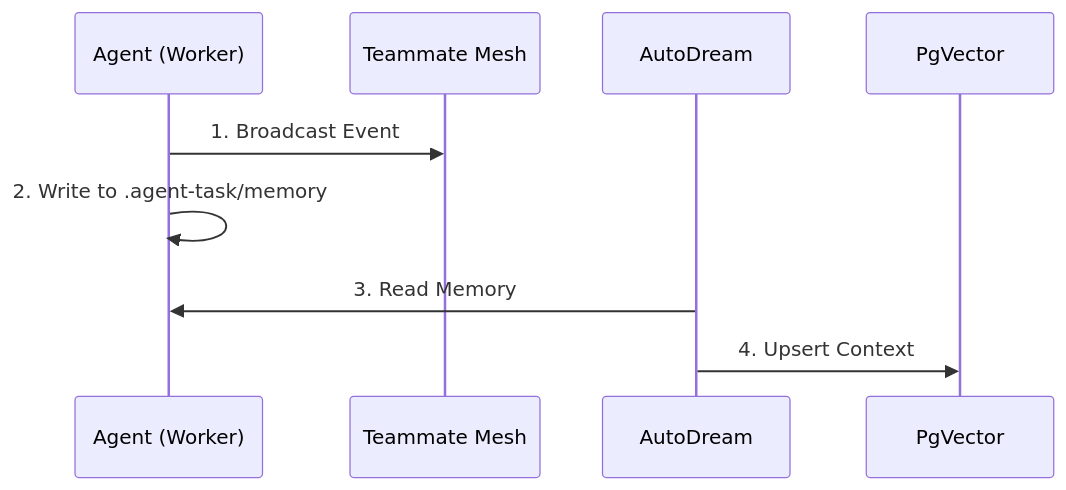
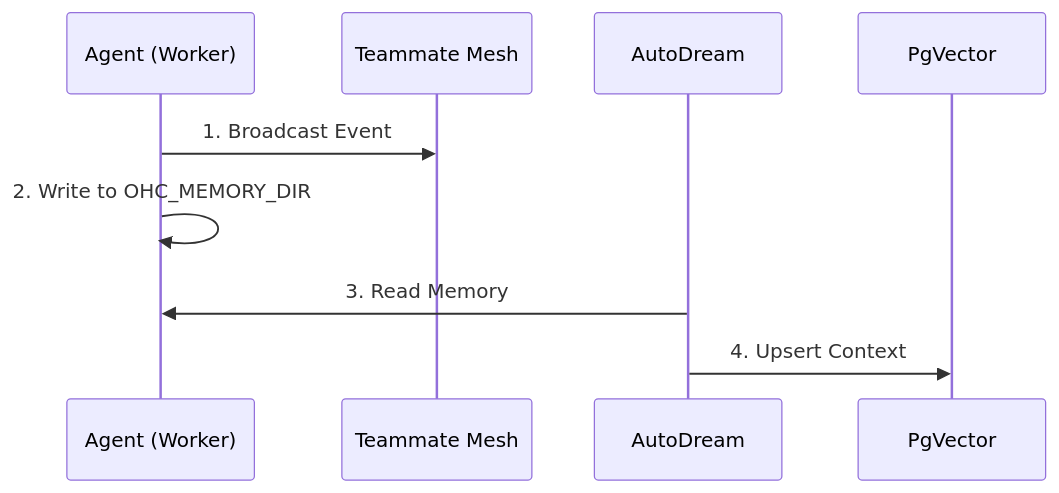
One commit to omnisolo-llc/onehumancorp changed the diagram in docs/walkthroughs/swarm_intelligence_protocol.md. Above: the diagram before and after it, drawn with Mermaid. The commit also changed 869 other files, not shown here.

````diff
--- a/docs/walkthroughs/swarm_intelligence_protocol.md
+++ b/docs/walkthroughs/swarm_intelligence_protocol.md
@@ -7,12 +7,12 @@
 ```mermaid
 sequenceDiagram
     participant Worker as Agent (Worker)
     participant Mesh as Teammate Mesh
     participant AutoDream as AutoDream
     participant VectorDB as PgVector
 
     Worker->>Mesh: 1. Broadcast Event
-    Worker->>Worker: 2. Write to .agent-task/memory
+    Worker->>Worker: 2. Write to OHC_MEMORY_DIR
     AutoDream->>Worker: 3. Read Memory
     AutoDream->>VectorDB: 4. Upsert Context
 ```
````
